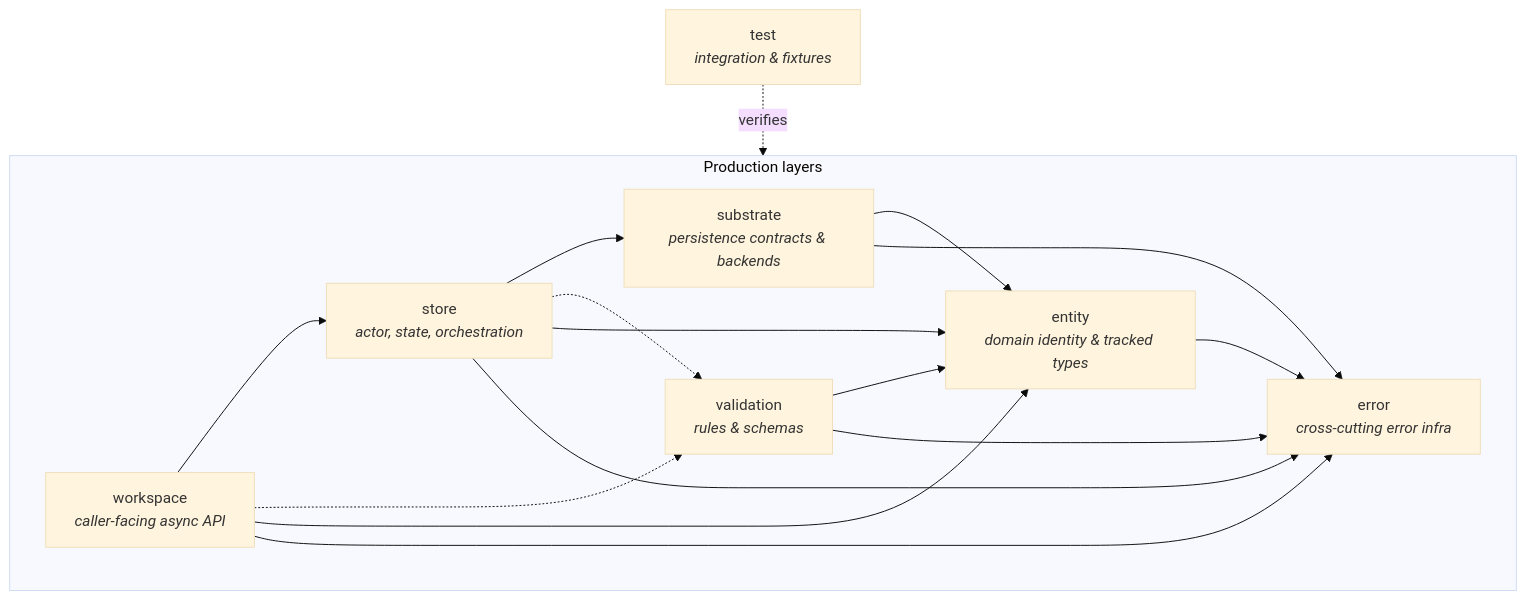
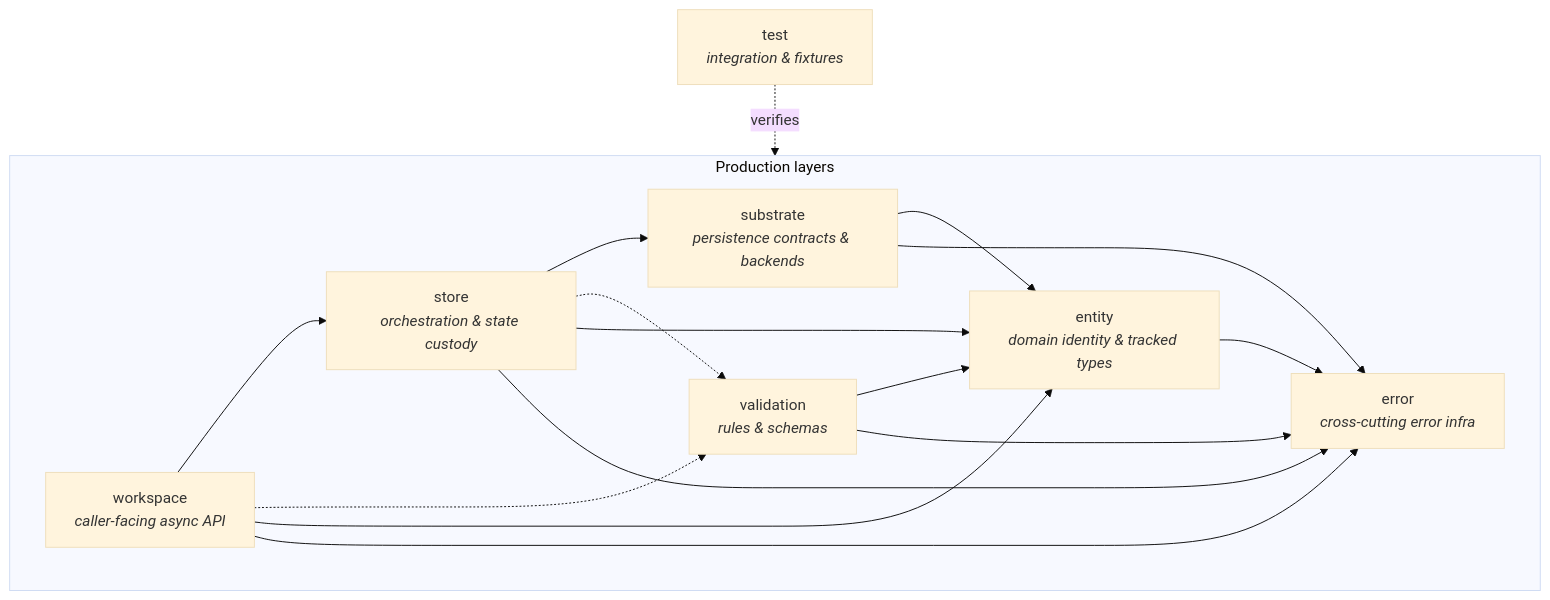
The first of 2 diagrams in docs/design/layers/layer-model.md (Gubbi/pari), drawn with Mermaid (base theme) before and after one commit. The commit also changed other lines of this file and 23 other files, not shown here.

````diff
--- a/docs/design/layers/layer-model.md
+++ b/docs/design/layers/layer-model.md
@@ -21,28 +21,28 @@
 ```mermaid
 flowchart TB
     subgraph production["Production layers"]
         workspace[workspace<br/><i>caller-facing async API</i>]
-        store[store<br/><i>actor, state, orchestration</i>]
+        store[store<br/><i>orchestration & state custody</i>]
         substrate[substrate<br/><i>persistence contracts & backends</i>]
         entity[entity<br/><i>domain identity & tracked types</i>]
         validation[validation<br/><i>rules & schemas</i>]
         error[error<br/><i>cross-cutting error infra</i>]
 
         workspace --> store
         store --> substrate
         workspace -.-> validation
         store -.-> validation
         workspace --> entity
         store --> entity
         substrate --> entity
         validation --> entity
         workspace --> error
         store --> error
         substrate --> error
         validation --> error
         entity --> error
     end
 
     test[test<br/><i>integration & fixtures</i>]
     test -.->|verifies| production
 ```
````
